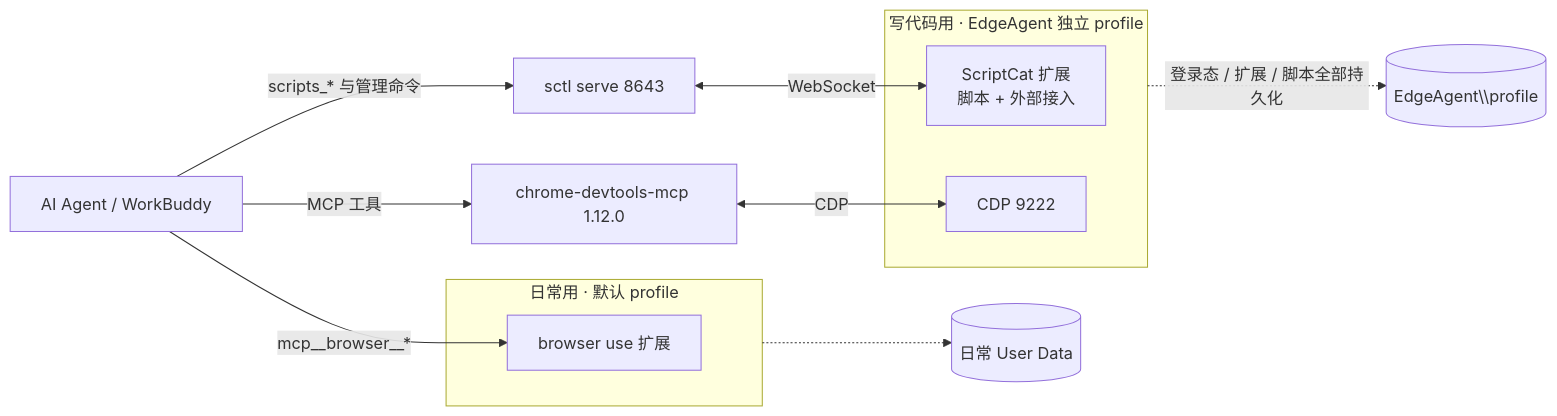
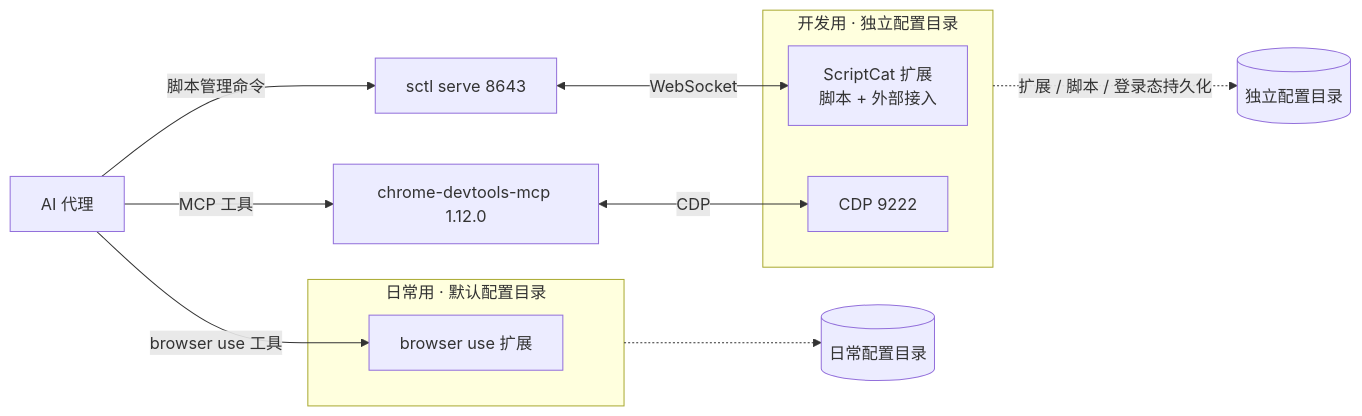
One commit to HANJP98/scriptcat-dev-env-skill changed the diagram in README.md. Above: the diagram before and after it, drawn with Mermaid. The commit also changed other lines of this file, not shown here.

````diff
--- a/README.md
+++ b/README.md
@@ -27,22 +48,22 @@
 ```mermaid
 flowchart LR
-  subgraph DEV["写代码用 · EdgeAgent 独立 profile"]
+  subgraph DEV["开发用 · 独立配置目录"]
     SC["ScriptCat 扩展<br/>脚本 + 外部接入"]
     CDP["CDP 9222"]
   end
-  subgraph DAILY["日常用 · 默认 profile"]
+  subgraph DAILY["日常用 · 默认配置目录"]
     BU["browser use 扩展"]
   end
-  AI["AI Agent / WorkBuddy"]
+  AI["AI 代理"]
   MCP["chrome-devtools-mcp 1.12.0"]
   SCTL["sctl serve 8643"]
 
-  AI -->|"scripts_* 与管理命令"| SCTL
+  AI -->|"脚本管理命令"| SCTL
   SCTL <-->|WebSocket| SC
   AI -->|MCP 工具| MCP
   MCP <-->|CDP| CDP
-  AI -->|"mcp__browser__*"| BU
+  AI -->|"browser use 工具"| BU
 
-  DEV -.->|"登录态 / 扩展 / 脚本全部持久化"| P[("EdgeAgent\\profile")]
-  DAILY -.-> P2[("日常 User Data")]
+  DEV -.->|"扩展 / 脚本 / 登录态持久化"| P[("独立配置目录")]
+  DAILY -.-> P2[("日常配置目录")]
 ```
````
